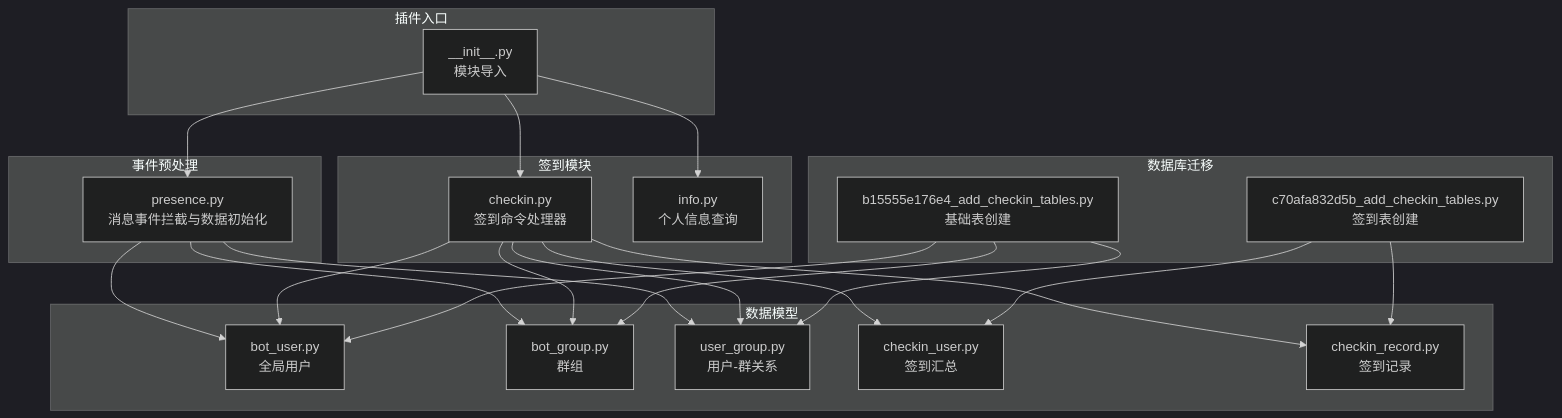
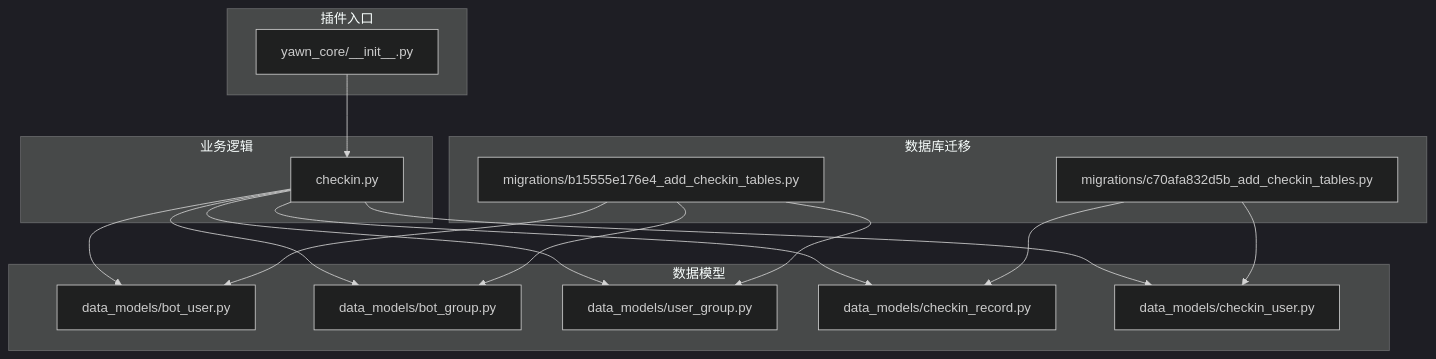
The first of 5 diagrams in .qoder/repowiki/zh/content/核心功能模块/签到系统.md (Wohaokunr/yawn_bot), drawn with Mermaid (dark theme) before and after one commit. The commit also changed other lines of this file and 60 other files, not shown here.

````diff
--- a/.qoder/repowiki/zh/content/核心功能模块/签到系统.md
+++ b/.qoder/repowiki/zh/content/核心功能模块/签到系统.md
@@ -53,40 +44,31 @@
 ```mermaid
 graph TB
 subgraph "插件入口"
-A["__init__.py<br/>模块导入"]
+init["yawn_core/__init__.py"]
 end
-subgraph "事件预处理"
-B["presence.py<br/>消息事件拦截与数据初始化"]
-end
-subgraph "签到模块"
-C["checkin.py<br/>签到命令处理器"]
-D["info.py<br/>个人信息查询"]
+subgraph "业务逻辑"
+checkin_mod["checkin.py"]
 end
 subgraph "数据模型"
-E["bot_user.py<br/>全局用户"]
-F["bot_group.py<br/>群组"]
-G["user_group.py<br/>用户-群关系"]
-H["checkin_user.py<br/>签到汇总"]
-I["checkin_record.py<br/>签到记录"]
+bot_user["data_models/bot_user.py"]
+bot_group["data_models/bot_group.py"]
+user_group["data_models/user_group.py"]
+checkin_record["data_models/checkin_record.py"]
+checkin_user["data_models/checkin_user.py"]
 end
 subgraph "数据库迁移"
-J["c70afa832d5b_add_checkin_tables.py<br/>签到表创建"]
-K["b15555e176e4_add_checkin_tables.py<br/>基础表创建"]
+mig_c70["migrations/c70afa832d5b_add_checkin_tables.py"]
+mig_b15["migrations/b15555e176e4_add_checkin_tables.py"]
 end
-A --> B
-A --> C
-A --> D
-B --> E
-B --> F
-B --> G
-C --> E
-C --> F
-C --> G
-C --> H
-C --> I
-J --> I
-J --> H
-K --> E
-K --> F
-K --> G
+init --> checkin_mod
+checkin_mod --> bot_user
+checkin_mod --> bot_group
+checkin_mod --> user_group
+checkin_mod --> checkin_record
+checkin_mod --> checkin_user
+mig_c70 --> checkin_record
+mig_c70 --> checkin_user
+mig_b15 --> bot_user
+mig_b15 --> bot_group
+mig_b15 --> user_group
 ```
````
